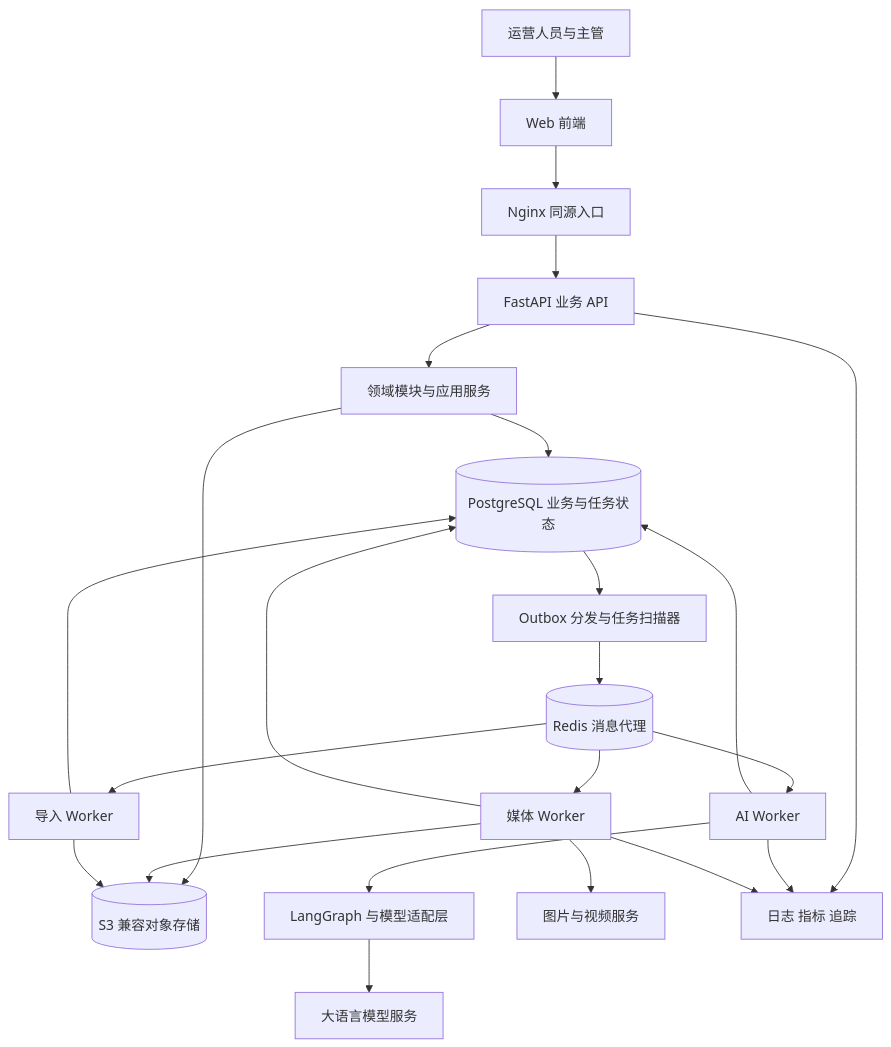
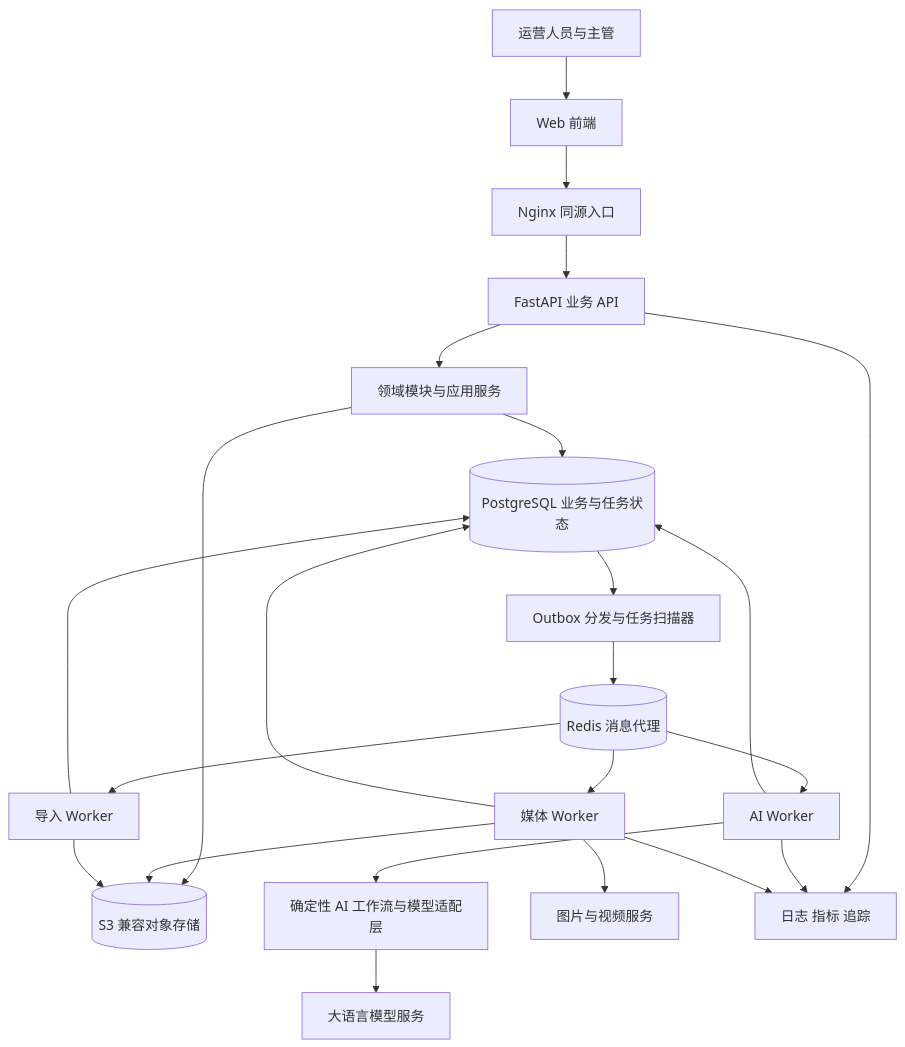
One commit to feihu0608/e_commerce_operations_copilot changed the first of 5 diagrams in 电商运营助手架构设计文档.md. Above: the diagram before and after it, drawn with Mermaid. The commit also changed other lines of this file and 32 other files, not shown here.

````diff
--- a/电商运营助手架构设计文档.md
+++ b/电商运营助手架构设计文档.md
@@ -30,25 +49,25 @@
 ```mermaid
 flowchart TB
     U[运营人员与主管] --> WEB[Web 前端]
     WEB --> GW[Nginx 同源入口]
     GW --> API[FastAPI 业务 API]
     API --> MOD[领域模块与应用服务]
     MOD --> DB[(PostgreSQL 业务与任务状态)]
     MOD --> OBJ[(S3 兼容对象存储)]
     DB --> DIS[Outbox 分发与任务扫描器]
     DIS --> REDIS[(Redis 消息代理)]
     REDIS --> AI[AI Worker]
     REDIS --> MEDIA[媒体 Worker]
     REDIS --> IMPORT[导入 Worker]
-    AI --> GRAPH[LangGraph 与模型适配层]
+    AI --> GRAPH[确定性 AI 工作流与模型适配层]
     GRAPH --> LLM[大语言模型服务]
     MEDIA --> PROVIDER[图片与视频服务]
     AI --> DB
     MEDIA --> DB
     IMPORT --> DB
     MEDIA --> OBJ
     IMPORT --> OBJ
     API --> OBS[日志 指标 追踪]
     AI --> OBS
     MEDIA --> OBS
 ```
````
